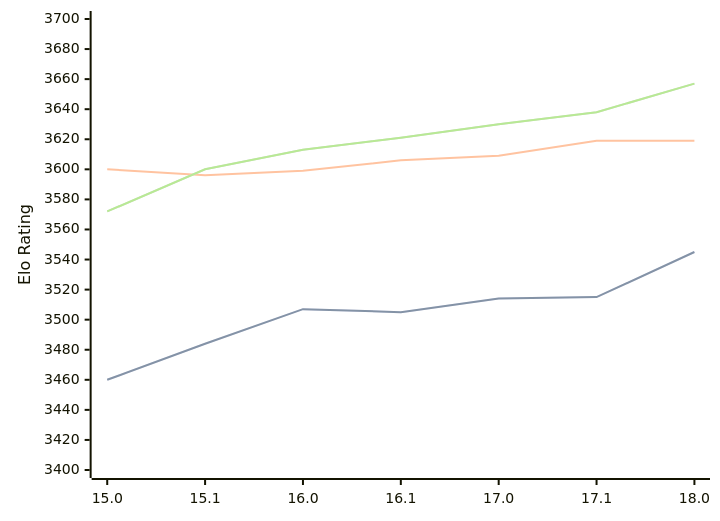
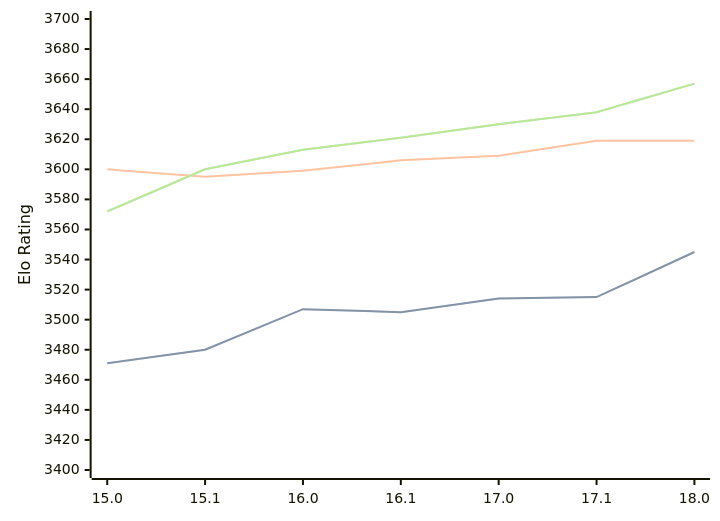
Before and after one commit to computer-chess-index/cci: the diagram in engines/Stockfish.md, drawn with Mermaid. The commit also changed other lines of this file, not shown here.

````diff
--- a/engines/Stockfish.md
+++ b/engines/Stockfish.md
@@ -43,11 +43,11 @@
 ```mermaid
 %%{init: {"theme":"base","themeVariables":{"seriesColors:['#a3a3a3','#222221','#faa371']}}}%%
 xychart-beta
   x-axis ["15.0", "15.1", "16.0", "16.1", "17.0", "17.1", "18.0"]
   y-axis "Elo Rating" 3400 --> 3700
-  line "STC (8.0+0.08s)" [3460, 3484, 3507, 3505, 3514, 3515, 3545]
-  line "STC (8.0+0.08s)" [3460, 3484, 3507, 3505, 3514, 3515, 3545]
-  line "LTC (60.0+0.60s)" [3600, 3596, 3599, 3606, 3609, 3619, 3619]
+  line "STC (8.0+0.08s)" [3471, 3480, 3507, 3505, 3514, 3515, 3545]
+  line "STC (8.0+0.08s)" [3471, 3480, 3507, 3505, 3514, 3515, 3545]
+  line "LTC (60.0+0.60s)" [3600, 3595, 3599, 3606, 3609, 3619, 3619]
   line "VLTC (2m24s+1.12s)" [3572, 3600, 3613, 3621, 3630, 3638, 3657]
   line "VLTC (2m24s+1.12s)" [3572, 3600, 3613, 3621, 3630, 3638, 3657]
 ```
````
